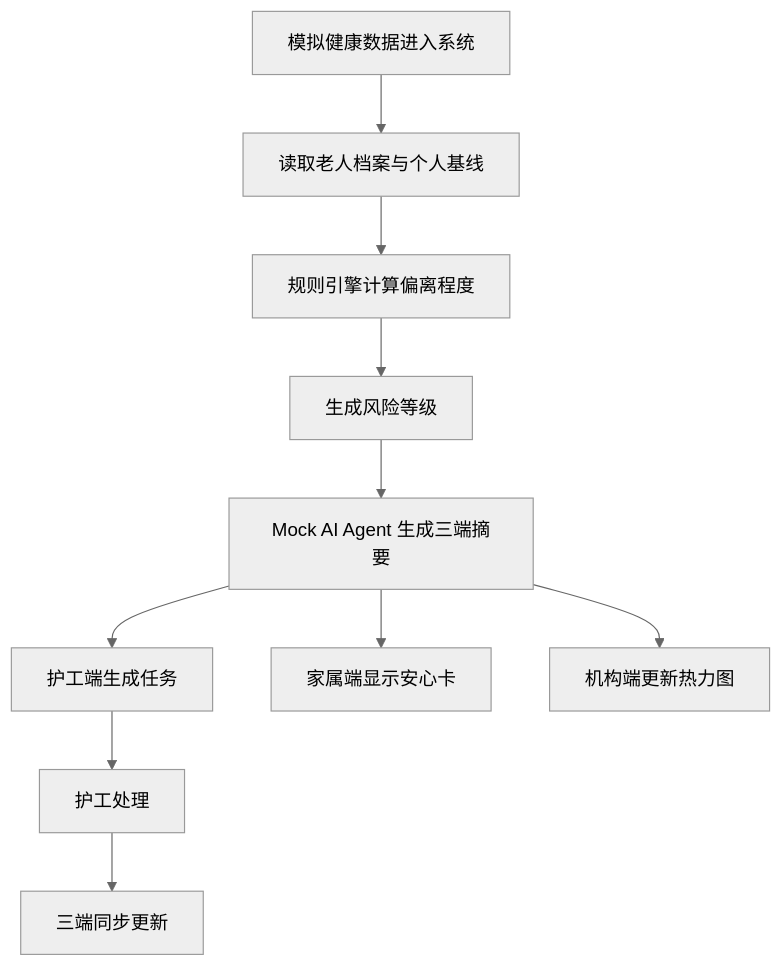
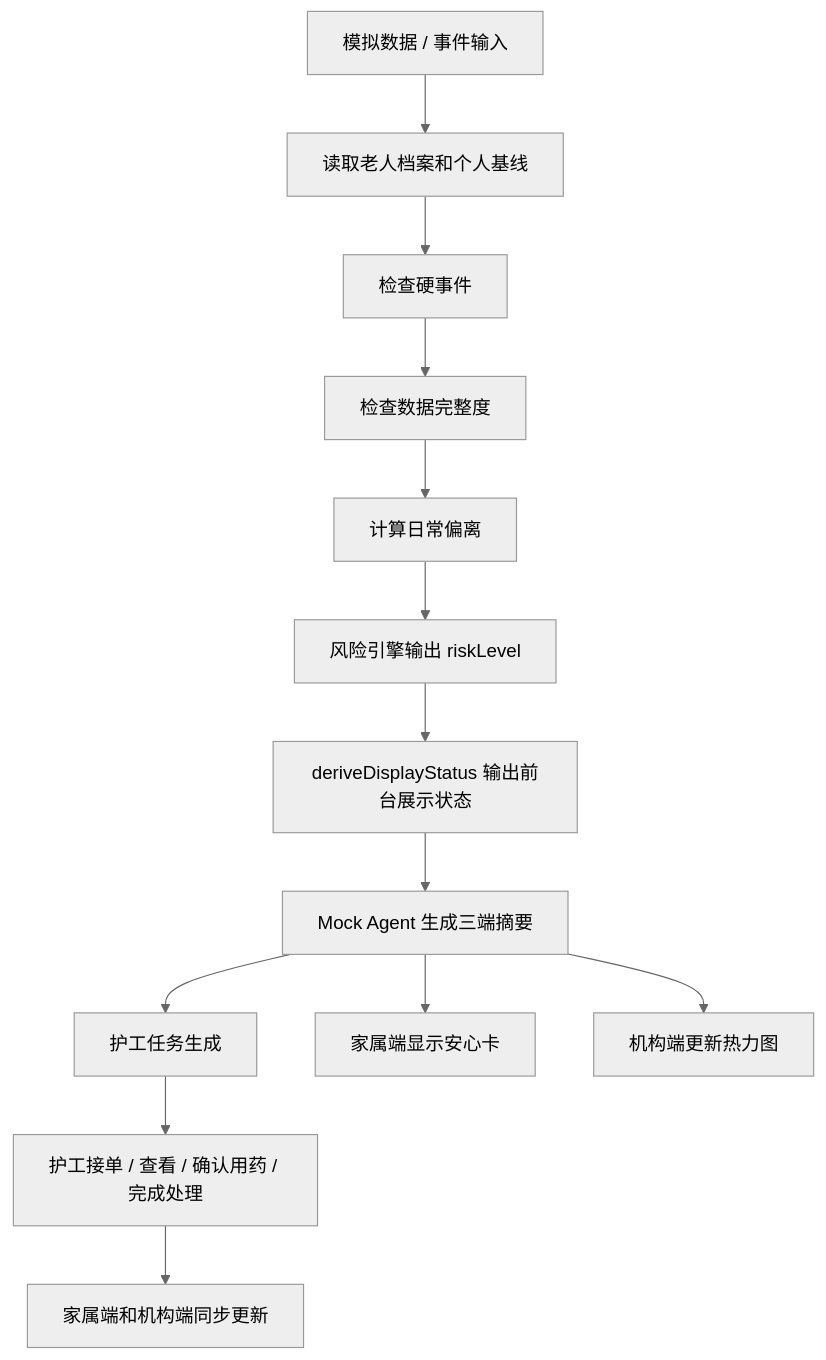
Before and after one commit to foxian-aaron/careband-agent-demo: the diagram in docs/event-flow.md, drawn with Mermaid (neutral theme). The commit also changed other lines of this file and 34 other files, not shown here.

````diff
--- a/docs/event-flow.md
+++ b/docs/event-flow.md
@@ -3,12 +3,15 @@
 ```mermaid
 flowchart TD
-  A[模拟健康数据进入系统] --> B[读取老人档案与个人基线]
-  B --> C[规则引擎计算偏离程度]
-  C --> D[生成风险等级]
-  D --> E[Mock AI Agent 生成三端摘要]
-  E --> F[护工端生成任务]
-  E --> G[家属端显示安心卡]
-  E --> H[机构端更新热力图]
-  F --> I[护工处理]
-  I --> J[三端同步更新]
+  A[模拟数据 / 事件输入] --> B[读取老人档案和个人基线]
+  B --> C[检查硬事件]
+  C --> D[检查数据完整度]
+  D --> E[计算日常偏离]
+  E --> F[风险引擎输出 riskLevel]
+  F --> G[deriveDisplayStatus 输出前台展示状态]
+  G --> H[Mock Agent 生成三端摘要]
+  H --> I[护工任务生成]
+  H --> J[家属端显示安心卡]
+  H --> K[机构端更新热力图]
+  I --> L[护工接单 / 查看 / 确认用药 / 完成处理]
+  L --> M[家属端和机构端同步更新]
 ```
````
